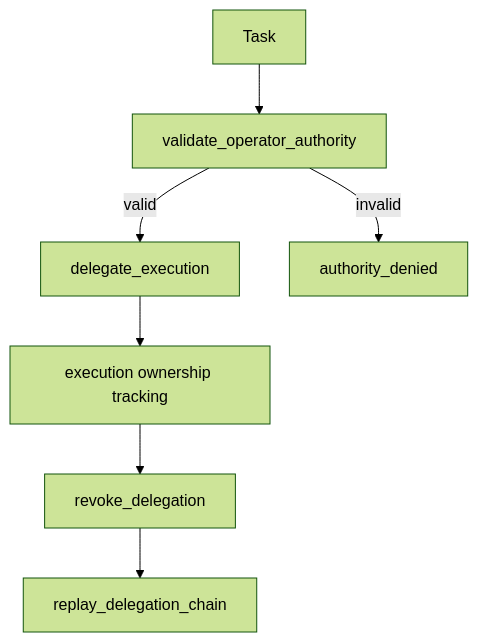
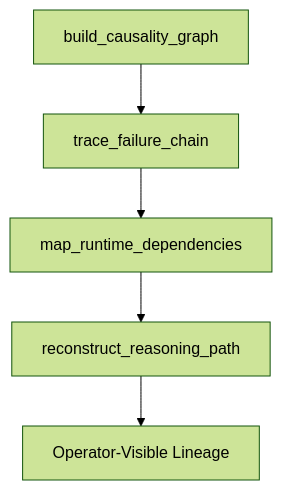
One commit to FrostXMello/odin-runtime changed the third of 6 diagrams in README.md. Above: the diagram before and after it, drawn with Mermaid (forest theme). The commit also changed other lines of this file and 6 other files, not shown here.

````diff
--- a/README.md
+++ b/README.md
@@ -99,9 +104,7 @@
 ```mermaid
 flowchart TB
-    TASK[Task] --> VALIDATE[validate_operator_authority]
-    VALIDATE -->|valid| DELEGATE[delegate_execution]
-    VALIDATE -->|invalid| DENY[authority_denied]
-    DELEGATE --> TRACK[execution ownership tracking]
-    TRACK --> REVOKE[revoke_delegation]
-    REVOKE --> REPLAY[replay_delegation_chain]
+    GRAPH[build_causality_graph] --> FAIL[trace_failure_chain]
+    FAIL --> DEPS[map_runtime_dependencies]
+    DEPS --> PATH[reconstruct_reasoning_path]
+    PATH --> LINEAGE[Operator-Visible Lineage]
 ```
````
